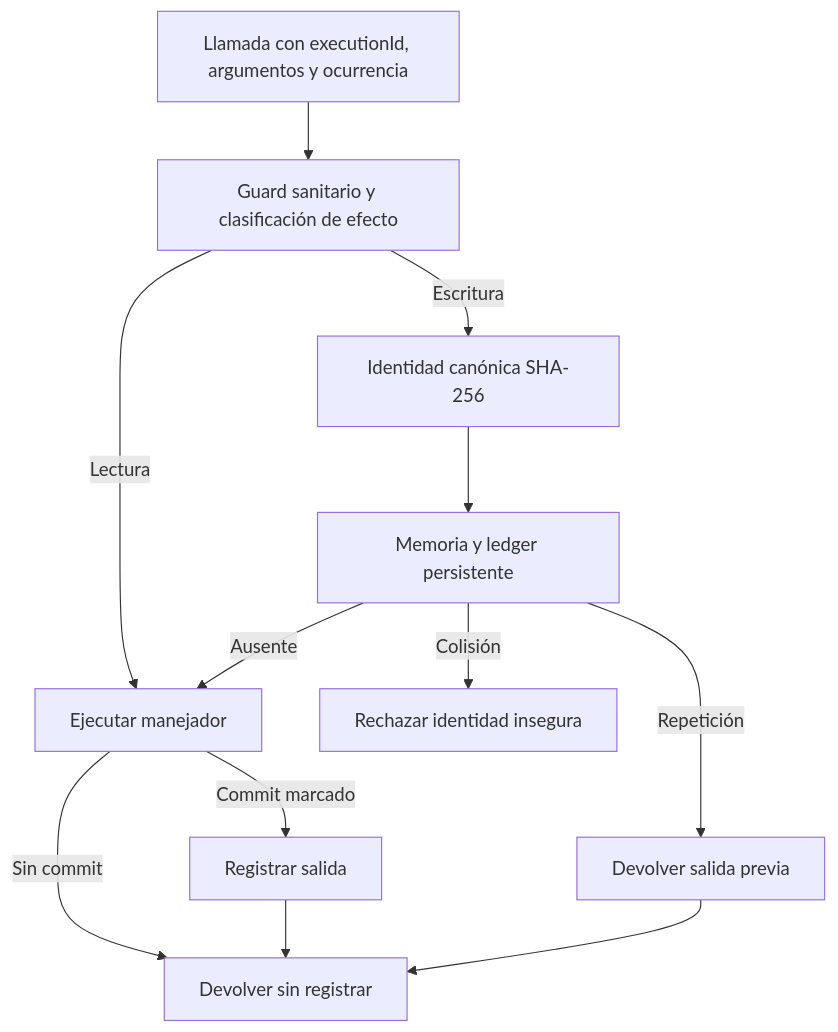
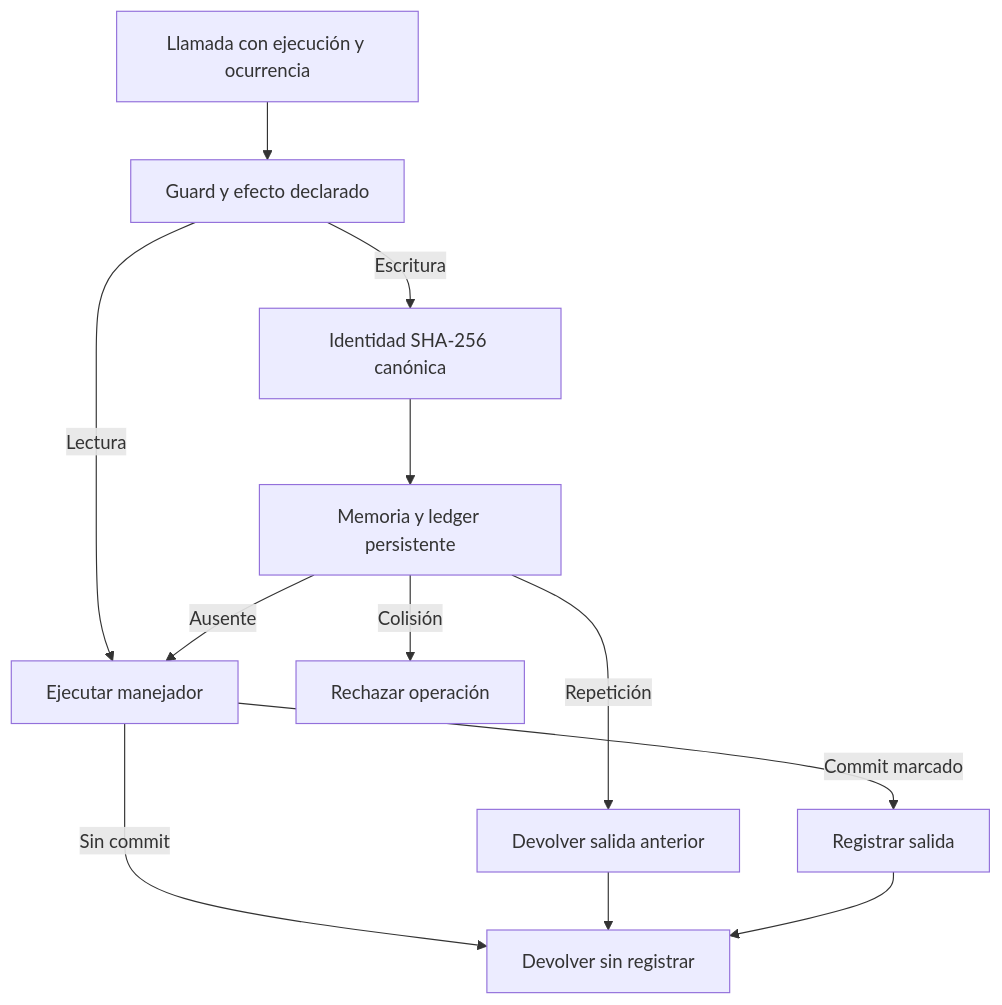
One commit to maximofn/gymnasia changed the second of 2 diagrams in openwiki/agent/runtime.md. Above: the diagram before and after it, drawn with Mermaid. The commit also changed other lines of this file and 49 other files, not shown here.

````diff
--- a/openwiki/agent/runtime.md
+++ b/openwiki/agent/runtime.md
@@ -112,14 +127,14 @@
 ```mermaid
 flowchart TD
-    Call["Llamada con executionId, argumentos y ocurrencia"] --> Guard["Guard sanitario y clasificación de efecto"]
-    Guard -->|Lectura| Execute["Ejecutar manejador"]
-    Guard -->|Escritura| Identity["Identidad canónica SHA-256"]
-    Identity --> Lookup["Memoria y ledger persistente"]
-    Lookup -->|Repetición| Replay["Devolver salida previa"]
-    Lookup -->|Colisión| Reject["Rechazar identidad insegura"]
-    Lookup -->|Ausente| Execute
-    Execute -->|Commit marcado| Record["Registrar salida"]
-    Execute -->|Sin commit| Return["Devolver sin registrar"]
+    Call["Llamada con ejecución y ocurrencia"] --> Guard["Guard y efecto declarado"]
+    Guard -->|Lectura| Run["Ejecutar manejador"]
+    Guard -->|Escritura| Identity["Identidad SHA-256 canónica"]
+    Identity --> Check["Memoria y ledger persistente"]
+    Check -->|Repetición| Replay["Devolver salida anterior"]
+    Check -->|Colisión| Reject["Rechazar operación"]
+    Check -->|Ausente| Run
+    Run -->|Commit marcado| Record["Registrar salida"]
+    Run -->|Sin commit| Return["Devolver sin registrar"]
+    Replay --> Return
     Record --> Return
-    Replay --> Return
 ```
````
